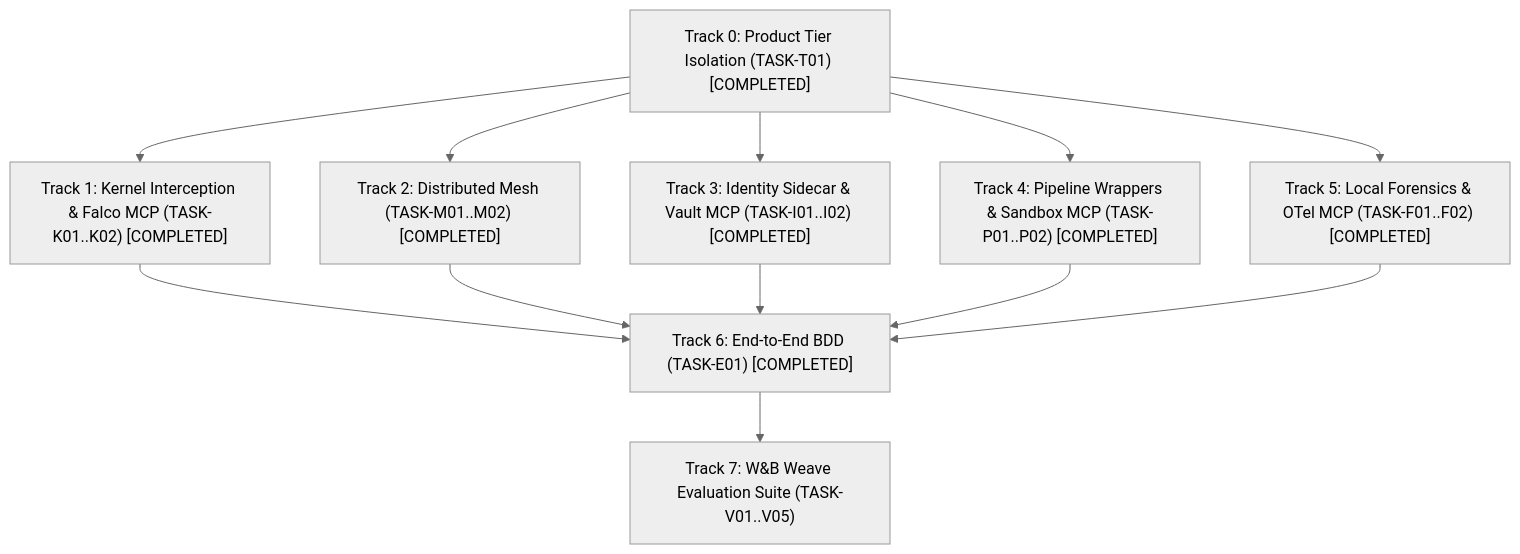
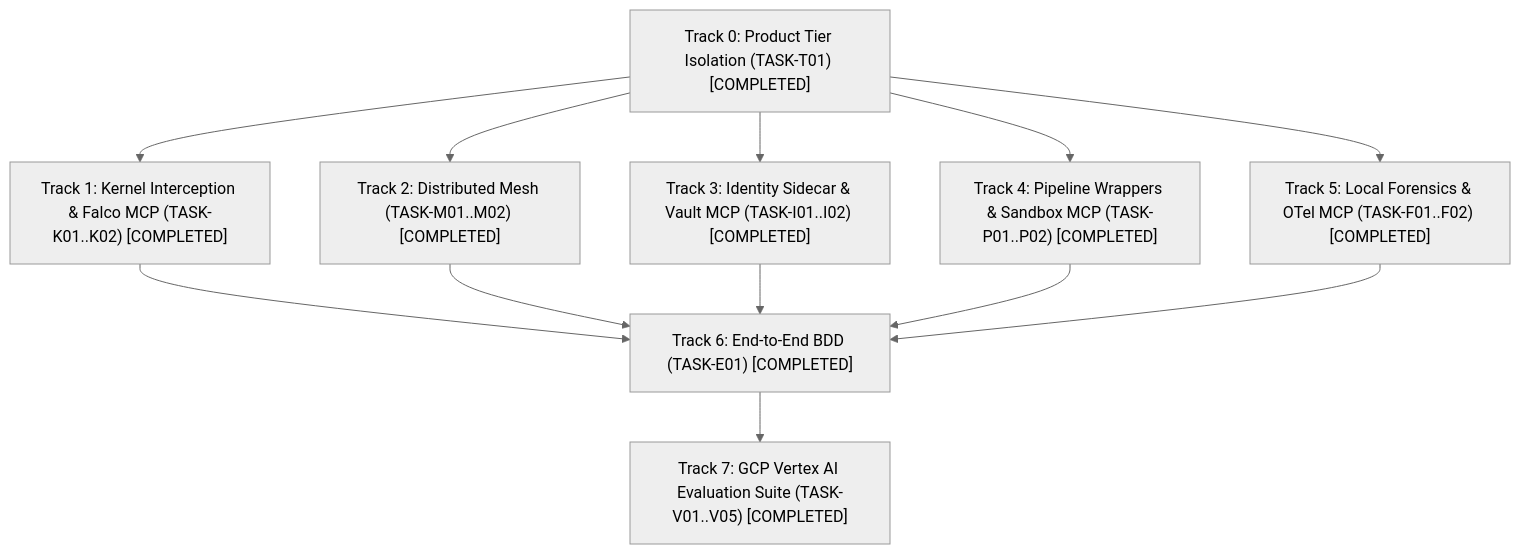
Before and after one commit to JAaron93/Blackwall: the diagram in .kiro/specs/blackwall-enterprise-security-mesh/tasks.md, drawn with Mermaid (neutral theme). The commit also changed 2 other files, not shown here.

Commit message:
docs: update model citation to Gemini 3.7 Flash and finalize Weave purge in TODO/tasks

````diff
--- a/.kiro/specs/blackwall-enterprise-security-mesh/tasks.md
+++ b/.kiro/specs/blackwall-enterprise-security-mesh/tasks.md
@@ -9,25 +9,25 @@
 ```mermaid
 graph TD
     Track0["Track 0: Product Tier Isolation (TASK-T01) [COMPLETED]"]
     Track1["Track 1: Kernel Interception & Falco MCP (TASK-K01..K02) [COMPLETED]"]
     Track2["Track 2: Distributed Mesh (TASK-M01..M02) [COMPLETED]"]
     Track3["Track 3: Identity Sidecar & Vault MCP (TASK-I01..I02) [COMPLETED]"]
     Track4["Track 4: Pipeline Wrappers & Sandbox MCP (TASK-P01..P02) [COMPLETED]"]
     Track5["Track 5: Local Forensics & OTel MCP (TASK-F01..F02) [COMPLETED]"]
     Track6["Track 6: End-to-End BDD (TASK-E01) [COMPLETED]"]
-    Track7["Track 7: W&B Weave Evaluation Suite (TASK-V01..V05)"]
+    Track7["Track 7: GCP Vertex AI Evaluation Suite (TASK-V01..V05) [COMPLETED]"]
 
     Track0 --> Track1
     Track0 --> Track2
     Track0 --> Track3
     Track0 --> Track4
     Track0 --> Track5
 
     Track1 --> Track6
     Track2 --> Track6
     Track3 --> Track6
     Track4 --> Track6
     Track5 --> Track6
 
     Track6 --> Track7
 ```
````
